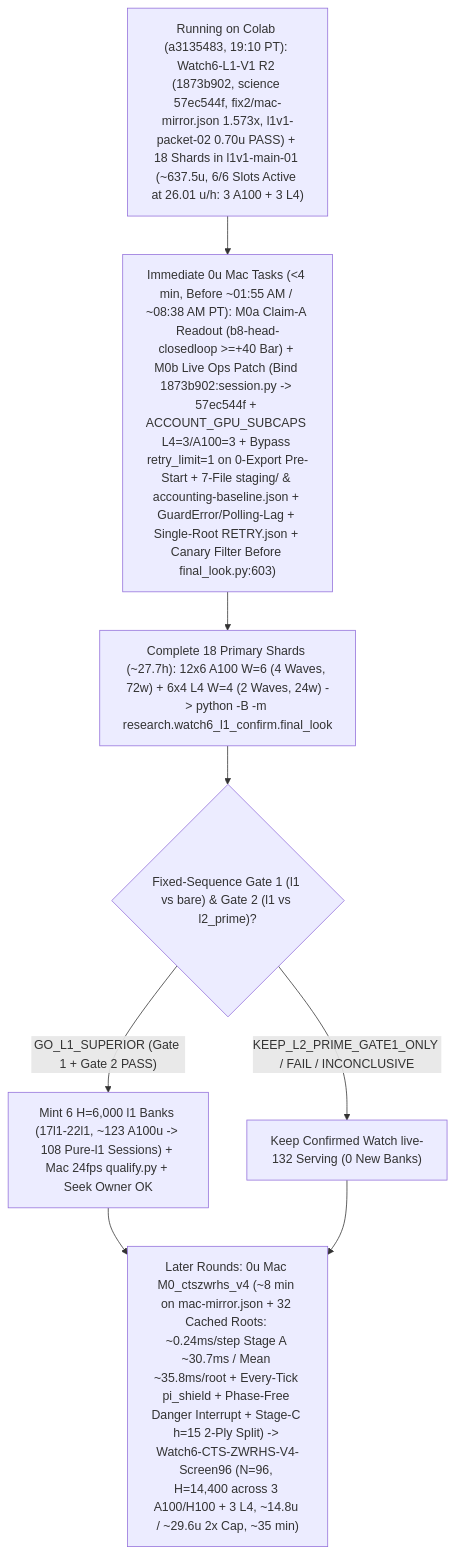
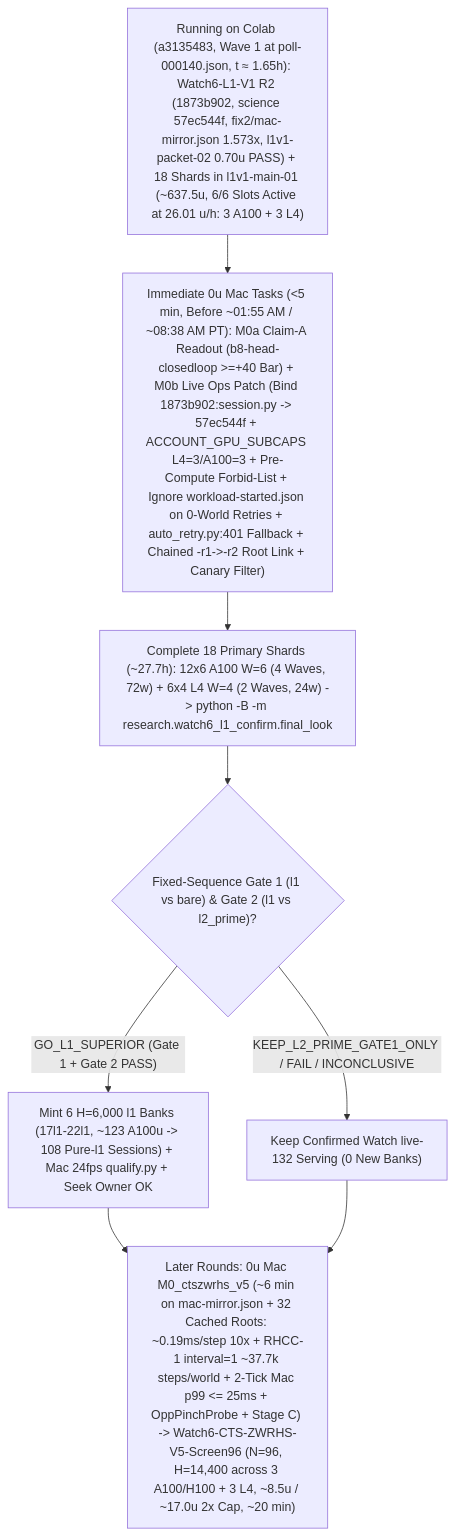
One commit to josenunezwork/snake-dqn changed the diagram in docs/research/ROADMAP.md. Above: the diagram before and after it, drawn with Mermaid. The commit also changed other lines of this file, not shown here.

Commit message:
docs(roadmap): fold in Round-26 synthesis (advice, not decisions)

````diff
--- a/docs/research/ROADMAP.md
+++ b/docs/research/ROADMAP.md
@@ -99,10 +98,10 @@
 ```mermaid
 flowchart TD
-    LIVE["Running on Colab (a3135483, 19:10 PT): Watch6-L1-V1 R2 (1873b902, science 57ec544f, fix2/mac-mirror.json 1.573x, l1v1-packet-02 0.70u PASS) + 18 Shards in l1v1-main-01 (~637.5u, 6/6 Slots Active at 26.01 u/h: 3 A100 + 3 L4)"] --> M0["Immediate 0u Mac Tasks (<4 min, Before ~01:55 AM / ~08:38 AM PT): M0a Claim-A Readout (b8-head-closedloop >=+40 Bar) + M0b Live Ops Patch (Bind 1873b902:session.py -> 57ec544f + ACCOUNT_GPU_SUBCAPS L4=3/A100=3 + Bypass retry_limit=1 on 0-Export Pre-Start + 7-File staging/ & accounting-baseline.json + GuardError/Polling-Lag + Single-Root RETRY.json + Canary Filter Before final_look.py:603)"]
+    LIVE["Running on Colab (a3135483, Wave 1 at poll-000140.json, t ≈ 1.65h): Watch6-L1-V1 R2 (1873b902, science 57ec544f, fix2/mac-mirror.json 1.573x, l1v1-packet-02 0.70u PASS) + 18 Shards in l1v1-main-01 (~637.5u, 6/6 Slots Active at 26.01 u/h: 3 A100 + 3 L4)"] --> M0["Immediate 0u Mac Tasks (<5 min, Before ~01:55 AM / ~08:38 AM PT): M0a Claim-A Readout (b8-head-closedloop >=+40 Bar) + M0b Live Ops Patch (Bind 1873b902:session.py -> 57ec544f + ACCOUNT_GPU_SUBCAPS L4=3/A100=3 + Pre-Compute Forbid-List + Ignore workload-started.json on 0-World Retries + auto_retry.py:401 Fallback + Chained -r1->-r2 Root Link + Canary Filter)"]
     M0 --> WAVES["Complete 18 Primary Shards (~27.7h): 12x6 A100 W=6 (4 Waves, 72w) + 6x4 L4 W=4 (2 Waves, 24w) -> python -B -m research.watch6_l1_confirm.final_look"]
     WAVES --> GATES{"Fixed-Sequence Gate 1 (l1 vs bare) & Gate 2 (l1 vs l2_prime)?"}
     GATES -- "GO_L1_SUPERIOR (Gate 1 + Gate 2 PASS)" --> SUP["Mint 6 H=6,000 l1 Banks (17l1-22l1, ~123 A100u -> 108 Pure-l1 Sessions) + Mac 24fps qualify.py + Seek Owner OK"]
     GATES -- "KEEP_L2_PRIME_GATE1_ONLY / FAIL / INCONCLUSIVE" --> KEEP["Keep Confirmed Watch live-132 Serving (0 New Banks)"]
-    SUP --> LATER["Later Rounds: 0u Mac M0_ctszwrhs_v4 (~8 min on mac-mirror.json + 32 Cached Roots: ~0.24ms/step Stage A ~30.7ms / Mean ~35.8ms/root + Every-Tick pi_shield + Phase-Free Danger Interrupt + Stage-C h=15 2-Ply Split) -> Watch6-CTS-ZWRHS-V4-Screen96 (N=96, H=14,400 across 3 A100/H100 + 3 L4, ~14.8u / ~29.6u 2x Cap, ~35 min)"]
+    SUP --> LATER["Later Rounds: 0u Mac M0_ctszwrhs_v5 (~6 min on mac-mirror.json + 32 Cached Roots: ~0.19ms/step 10x + RHCC-1 interval=1 ~37.7k steps/world + 2-Tick Mac p99 <= 25ms + OppPinchProbe + Stage C) -> Watch6-CTS-ZWRHS-V5-Screen96 (N=96, H=14,400 across 3 A100/H100 + 3 L4, ~8.5u / ~17.0u 2x Cap, ~20 min)"]
     KEEP --> LATER
 ```
````
